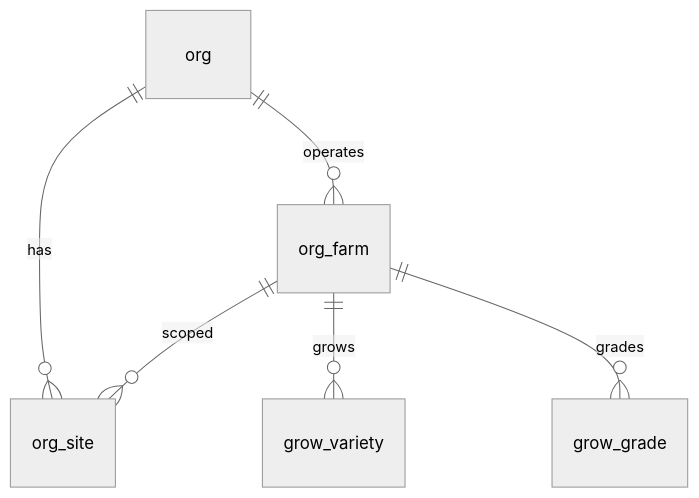
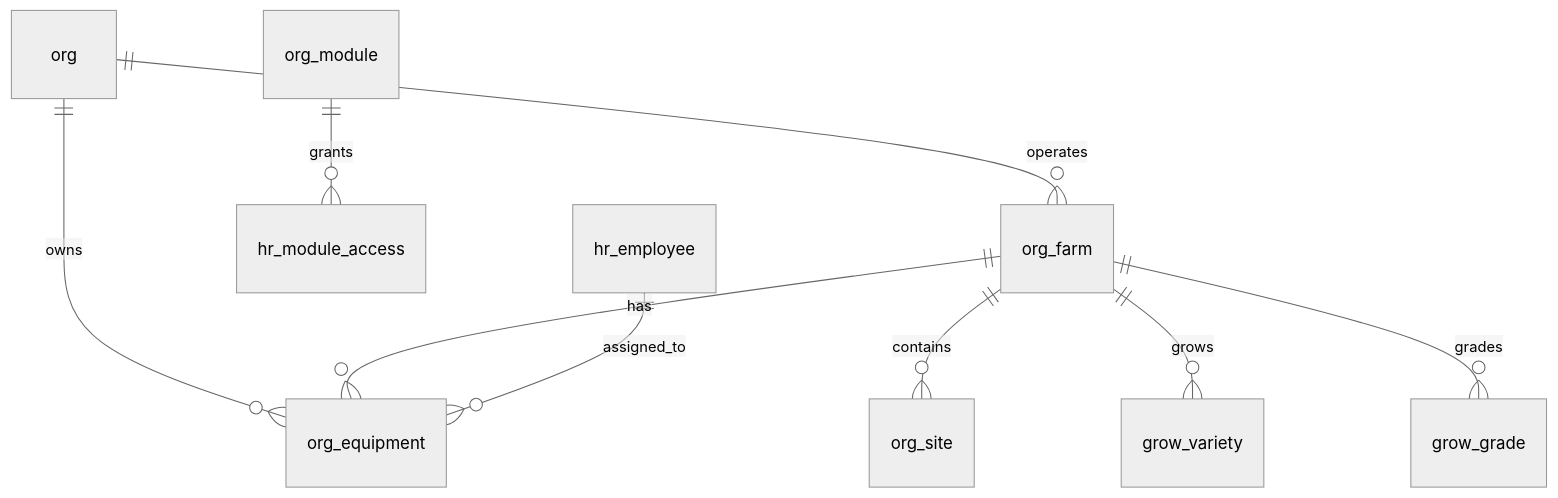
Before and after one commit to Hawaii-Farming/aloha-app: the diagram in docs/schemas/20260319_01_org.md, drawn with Mermaid (neutral theme). The commit also changed other lines of this file and 63 other files, not shown here.

First line of the commit message:
Add access control system: system/org modules, access levels, equipment table, and process doc

````diff
--- a/docs/schemas/20260319_01_org.md
+++ b/docs/schemas/20260319_01_org.md
@@ -9,8 +9,11 @@
 ```mermaid
 erDiagram
     org ||--o{ org_farm : operates
-    org ||--o{ org_site : has
-    org_farm ||--o{ org_site : scoped
+    org ||--o{ org_equipment : owns
+    org_module ||--o{ hr_module_access : grants
+    org_farm ||--o{ org_equipment : has
+    org_farm ||--o{ org_site : contains
     org_farm ||--o{ grow_variety : grows
     org_farm ||--o{ grow_grade : grades
+    hr_employee ||--o{ org_equipment : assigned_to
 ```
````
